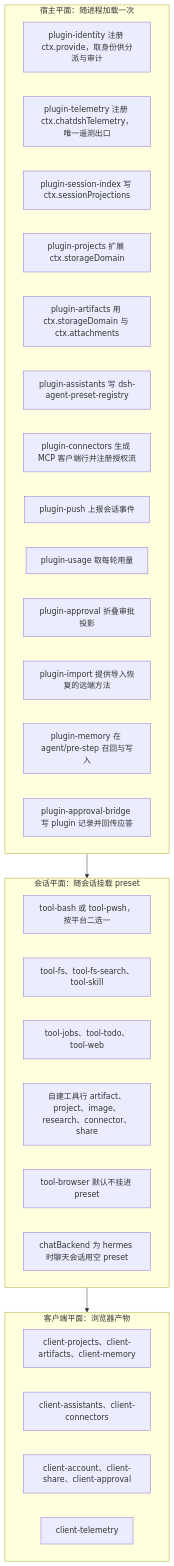
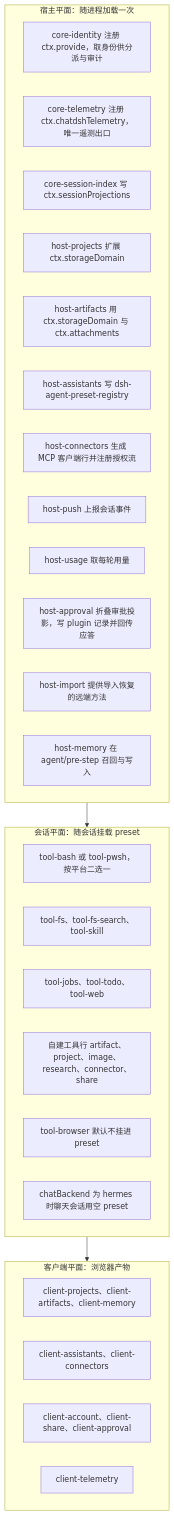
One commit to wenzetan/chatdsh changed the fifth of 17 diagrams in runtime/docs/architecture-diagram.md. Above: the diagram before and after it, drawn with Mermaid. The commit also changed other lines of this file and 281 other files, not shown here.

````diff
--- a/runtime/docs/architecture-diagram.md
+++ b/runtime/docs/architecture-diagram.md
@@ -170,34 +170,33 @@
 ```mermaid
 flowchart TB
   subgraph HOST["宿主平面：随进程加载一次"]
-    H1["plugin-identity 注册 ctx.provide，取身份供分派与审计"]
-    H2["plugin-telemetry 注册 ctx.chatdshTelemetry，唯一遥测出口"]
-    H3["plugin-session-index 写 ctx.sessionProjections"]
-    H4["plugin-projects 扩展 ctx.storageDomain"]
-    H5["plugin-artifacts 用 ctx.storageDomain 与 ctx.attachments"]
-    H6["plugin-assistants 写 dsh-agent-preset-registry"]
-    H7["plugin-connectors 生成 MCP 客户端行并注册授权流"]
-    H8["plugin-push 上报会话事件"]
-    H9["plugin-usage 取每轮用量"]
-    H10["plugin-approval 折叠审批投影"]
-    H11["plugin-import 提供导入恢复的远端方法"]
-    H12["plugin-memory 在 agent/pre-step 召回与写入"]
-    H13["plugin-approval-bridge 写 plugin 记录并回传应答"]
+    H1["core-identity 注册 ctx.provide，取身份供分派与审计"]
+    H2["core-telemetry 注册 ctx.chatdshTelemetry，唯一遥测出口"]
+    H3["core-session-index 写 ctx.sessionProjections"]
+    H4["host-projects 扩展 ctx.storageDomain"]
+    H5["host-artifacts 用 ctx.storageDomain 与 ctx.attachments"]
+    H6["host-assistants 写 dsh-agent-preset-registry"]
+    H7["host-connectors 生成 MCP 客户端行并注册授权流"]
+    H8["host-push 上报会话事件"]
+    H9["host-usage 取每轮用量"]
+    H10["host-approval 折叠审批投影，写 plugin 记录并回传应答"]
+    H11["host-import 提供导入恢复的远端方法"]
+    H12["host-memory 在 agent/pre-step 召回与写入"]
   end
   subgraph SESS["会话平面：随会话挂载 preset"]
     S1["tool-bash 或 tool-pwsh，按平台二选一"]
     S2["tool-fs、tool-fs-search、tool-skill"]
     S3["tool-jobs、tool-todo、tool-web"]
     S4["自建工具行 artifact、project、image、research、connector、share"]
     S5["tool-browser 默认不挂进 preset"]
     S6["chatBackend 为 hermes 时聊天会话用空 preset"]
   end
   subgraph CLI["客户端平面：浏览器产物"]
     C1["client-projects、client-artifacts、client-memory"]
     C2["client-assistants、client-connectors"]
     C3["client-account、client-share、client-approval"]
     C4["client-telemetry"]
   end
   HOST --> SESS
   SESS --> CLI
 ```
````
